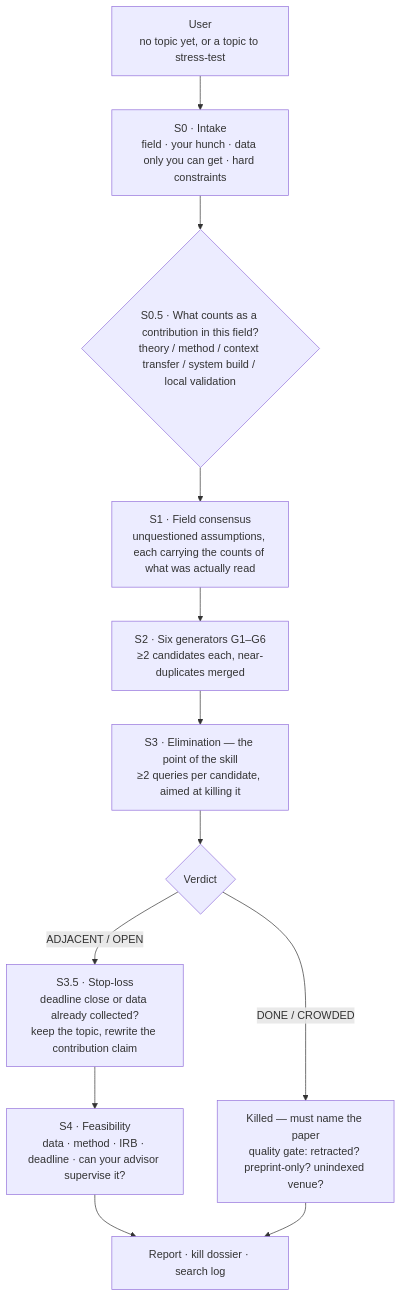
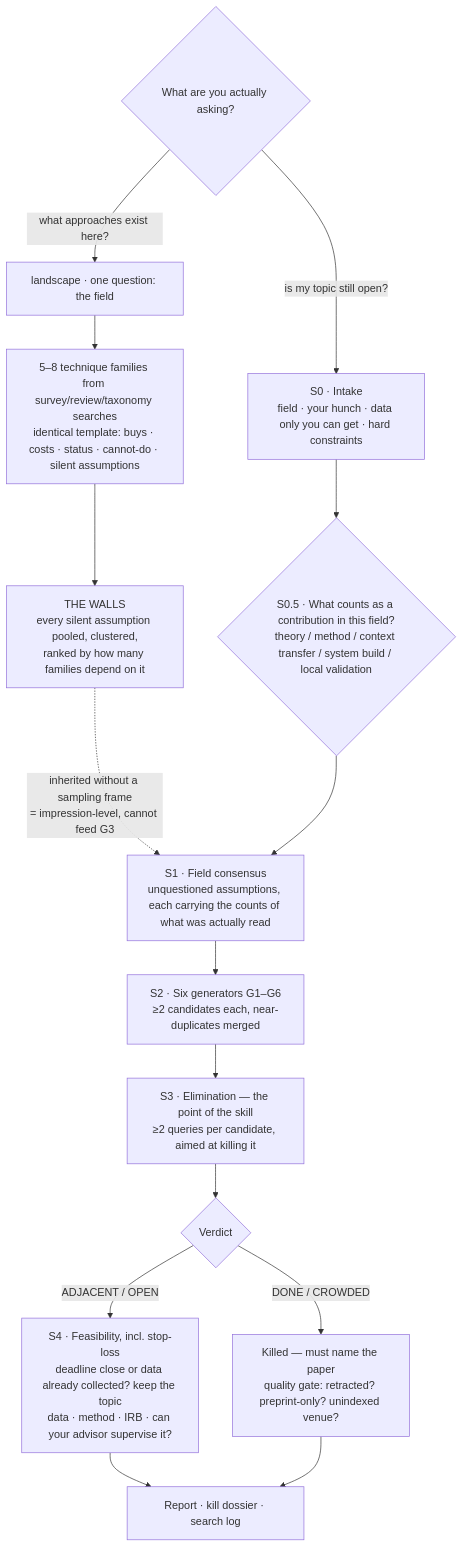
One commit to Zachariah9420/research-gap-hunter-skill- changed the diagram in README.md. Above: the diagram before and after it, drawn with Mermaid. The commit also changed other lines of this file and 24 other files, not shown here.

````diff
--- a/README.md
+++ b/README.md
@@ -11,14 +43,18 @@
 ```mermaid
 flowchart TB
-    U["User<br/>no topic yet, or a topic to stress-test"] --> S0["S0 · Intake<br/>field · your hunch · data only you can get · hard constraints"]
+    Q{"What are you actually asking?"}
+    Q -->|"what approaches exist here?"| L0["landscape · one question: the field"]
+    L0 --> L1["5–8 technique families from survey/review/taxonomy searches<br/>identical template: buys · costs · status · cannot-do · silent assumptions"]
+    L1 --> LW["THE WALLS<br/>every silent assumption pooled, clustered,<br/>ranked by how many families depend on it"]
+    LW -.->|"inherited without a sampling frame<br/>= impression-level, cannot feed G3"| S1
+    Q -->|"is my topic still open?"| S0["S0 · Intake<br/>field · your hunch · data only you can get · hard constraints"]
     S0 --> S05{"S0.5 · What counts as a contribution in this field?<br/>theory / method / context transfer / system build / local validation"}
     S05 --> S1["S1 · Field consensus<br/>unquestioned assumptions, each carrying the counts of what was actually read"]
     S1 --> S2["S2 · Six generators G1–G6<br/>≥2 candidates each, near-duplicates merged"]
     S2 --> S3["S3 · Elimination — the point of the skill<br/>≥2 queries per candidate, aimed at killing it"]
     S3 --> K{"Verdict"}
     K -->|"DONE / CROWDED"| D["Killed — must name the paper<br/>quality gate: retracted? preprint-only? unindexed venue?"]
-    K -->|"ADJACENT / OPEN"| S35["S3.5 · Stop-loss<br/>deadline close or data already collected?<br/>keep the topic, rewrite the contribution claim"]
-    S35 --> S4["S4 · Feasibility<br/>data · method · IRB · deadline · can your advisor supervise it?"]
+    K -->|"ADJACENT / OPEN"| S4["S4 · Feasibility, incl. stop-loss<br/>deadline close or data already collected? keep the topic<br/>data · method · IRB · can your advisor supervise it?"]
     S4 --> R["Report · kill dossier · search log"]
     D --> R
 ```
````
